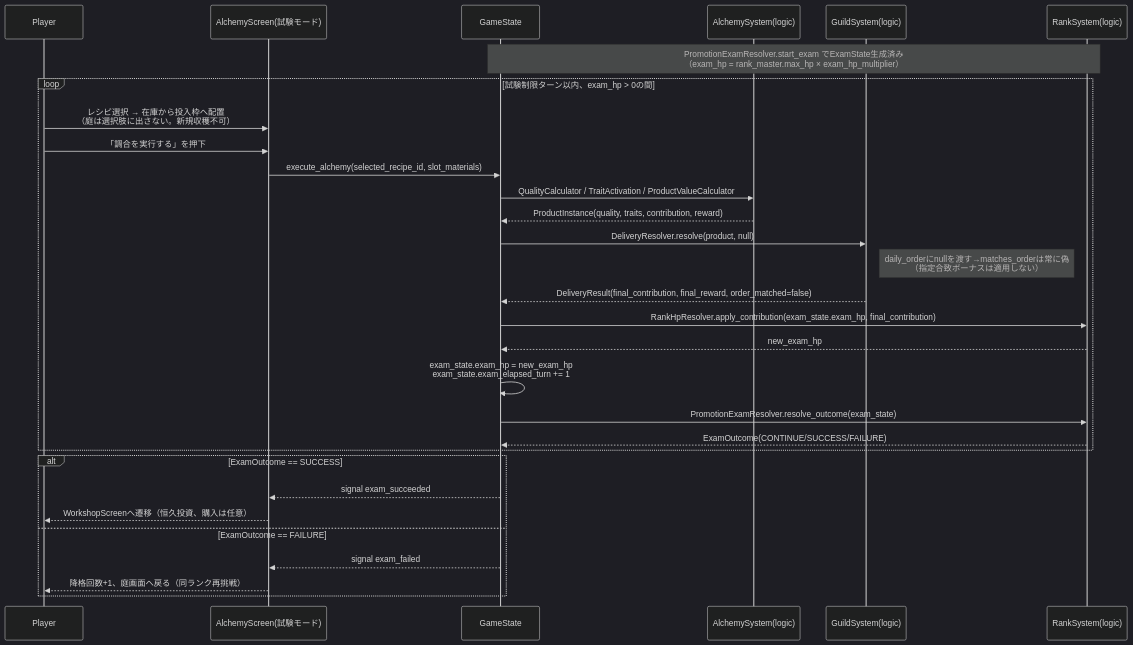
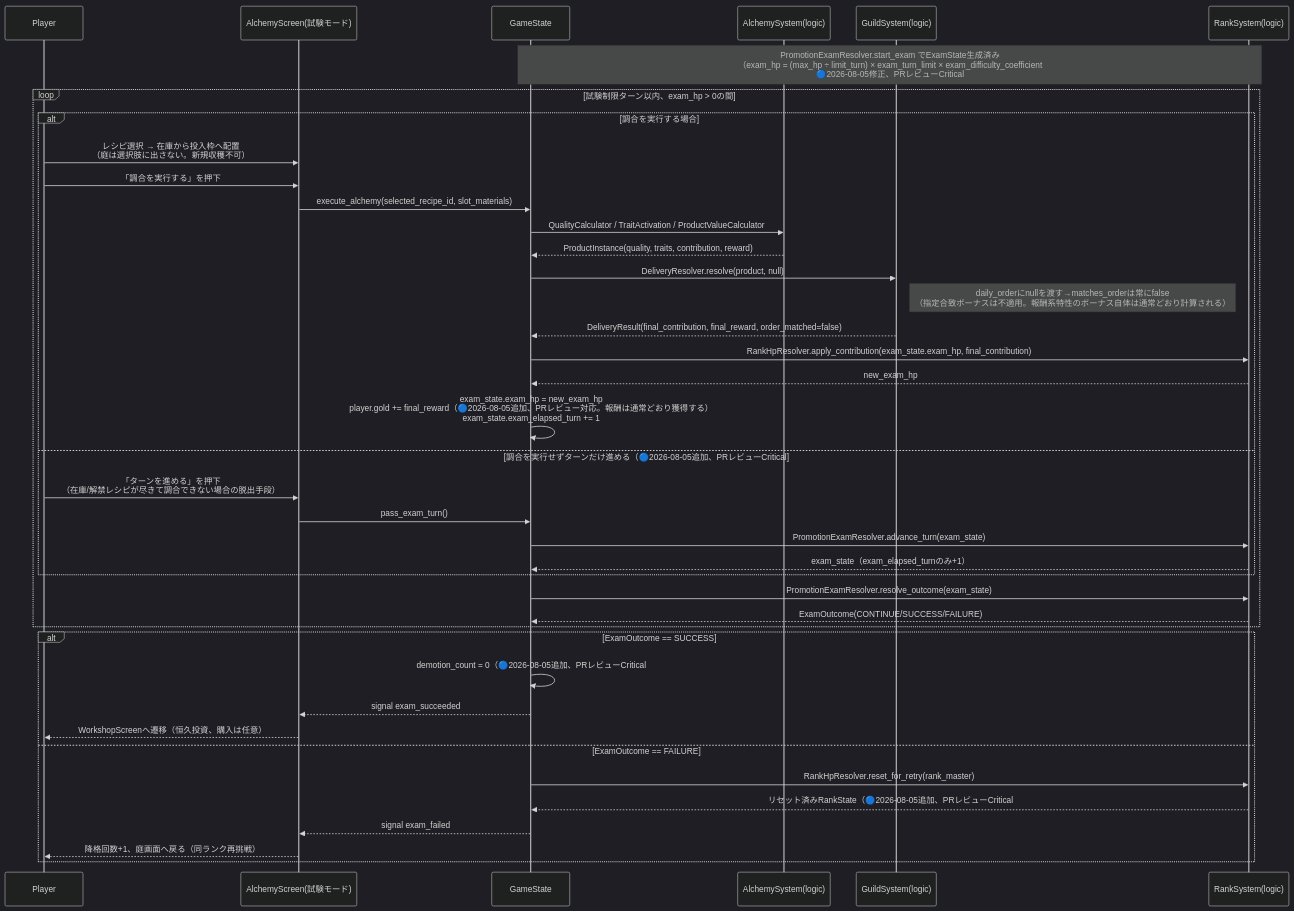
The fourth of 5 diagrams in docs/design/atelier-alchemy-core/dataflow.md (yaguma/alchemy-atelier), drawn with Mermaid (dark theme) before and after one commit. The commit also changed other lines of this file and 12 other files, not shown here.

````diff
--- a/docs/design/atelier-alchemy-core/dataflow.md
+++ b/docs/design/atelier-alchemy-core/dataflow.md
@@ -140,40 +148,50 @@
 ```mermaid
 sequenceDiagram
     participant Player
     participant AlchemyUI as AlchemyScreen(試験モード)
     participant GameState
     participant AlchemyLogic as AlchemySystem(logic)
     participant GuildLogic as GuildSystem(logic)
     participant RankLogic as RankSystem(logic)
 
-    Note over GameState,RankLogic: PromotionExamResolver.start_exam でExamState生成済み<br/>（exam_hp = rank_master.max_hp × exam_hp_multiplier）
+    Note over GameState,RankLogic: PromotionExamResolver.start_exam でExamState生成済み<br/>（exam_hp = (max_hp ÷ limit_turn) × exam_turn_limit × exam_difficulty_coefficient<br/>🔵2026-08-05修正、PRレビューCritical#5対応。旧式「max_hp×倍率」は成立しなかったため撤回）
 
     loop 試験制限ターン以内、exam_hp > 0の間
-        Player->>AlchemyUI: レシピ選択 → 在庫から投入枠へ配置<br/>（庭は選択肢に出さない。新規収穫不可）
-        Player->>AlchemyUI: 「調合を実行する」を押下
-        AlchemyUI->>GameState: execute_alchemy(selected_recipe_id, slot_materials)
+        alt 調合を実行する場合
+            Player->>AlchemyUI: レシピ選択 → 在庫から投入枠へ配置<br/>（庭は選択肢に出さない。新規収穫不可）
+            Player->>AlchemyUI: 「調合を実行する」を押下
+            AlchemyUI->>GameState: execute_alchemy(selected_recipe_id, slot_materials)
 
-        GameState->>AlchemyLogic: QualityCalculator / TraitActivation / ProductValueCalculator
-        AlchemyLogic-->>GameState: ProductInstance(quality, traits, contribution, reward)
+            GameState->>AlchemyLogic: QualityCalculator / TraitActivation / ProductValueCalculator
+            AlchemyLogic-->>GameState: ProductInstance(quality, traits, contribution, reward)
 
-        GameState->>GuildLogic: DeliveryResolver.resolve(product, null)
-        Note right of GuildLogic: daily_orderにnullを渡す→matches_orderは常に偽<br/>（指定合致ボーナスは適用しない）
-        GuildLogic-->>GameState: DeliveryResult(final_contribution, final_reward, order_matched=false)
+            GameState->>GuildLogic: DeliveryResolver.resolve(product, null)
+            Note right of GuildLogic: daily_orderにnullを渡す→matches_orderは常にfalse<br/>（指定合致ボーナスは不適用。報酬系特性のボーナス自体は通常どおり計算される）
+            GuildLogic-->>GameState: DeliveryResult(final_contribution, final_reward, order_matched=false)
 
-        GameState->>RankLogic: RankHpResolver.apply_contribution(exam_state.exam_hp, final_contribution)
-        RankLogic-->>GameState: new_exam_hp
+            GameState->>RankLogic: RankHpResolver.apply_contribution(exam_state.exam_hp, final_contribution)
+            RankLogic-->>GameState: new_exam_hp
 
-        GameState->>GameState: exam_state.exam_hp = new_exam_hp<br/>exam_state.exam_elapsed_turn += 1
+            GameState->>GameState: exam_state.exam_hp = new_exam_hp<br/>player.gold += final_reward（🔵2026-08-05追加、PRレビュー対応。報酬は通常どおり獲得する）<br/>exam_state.exam_elapsed_turn += 1
+        else 調合を実行せずターンだけ進める（🔵2026-08-05追加、PRレビューCritical#10対応）
+            Player->>AlchemyUI: 「ターンを進める」を押下<br/>（在庫/解禁レシピが尽きて調合できない場合の脱出手段）
+            AlchemyUI->>GameState: pass_exam_turn()
+            GameState->>RankLogic: PromotionExamResolver.advance_turn(exam_state)
+            RankLogic-->>GameState: exam_state（exam_elapsed_turnのみ+1）
+        end
 
         GameState->>RankLogic: PromotionExamResolver.resolve_outcome(exam_state)
         RankLogic-->>GameState: ExamOutcome(CONTINUE/SUCCESS/FAILURE)
     end
 
     alt ExamOutcome == SUCCESS
+        GameState->>GameState: demotion_count = 0（🔵2026-08-05追加、PRレビューCritical#3対応）
         GameState-->>AlchemyUI: signal exam_succeeded
         AlchemyUI-->>Player: WorkshopScreenへ遷移（恒久投資、購入は任意）
     else ExamOutcome == FAILURE
+        GameState->>RankLogic: RankHpResolver.reset_for_retry(rank_master)
+        RankLogic-->>GameState: リセット済みRankState（🔵2026-08-05追加、PRレビューCritical#3対応）
         GameState-->>AlchemyUI: signal exam_failed
         AlchemyUI-->>Player: 降格回数+1、庭画面へ戻る（同ランク再挑戦）
     end
 ```
````
